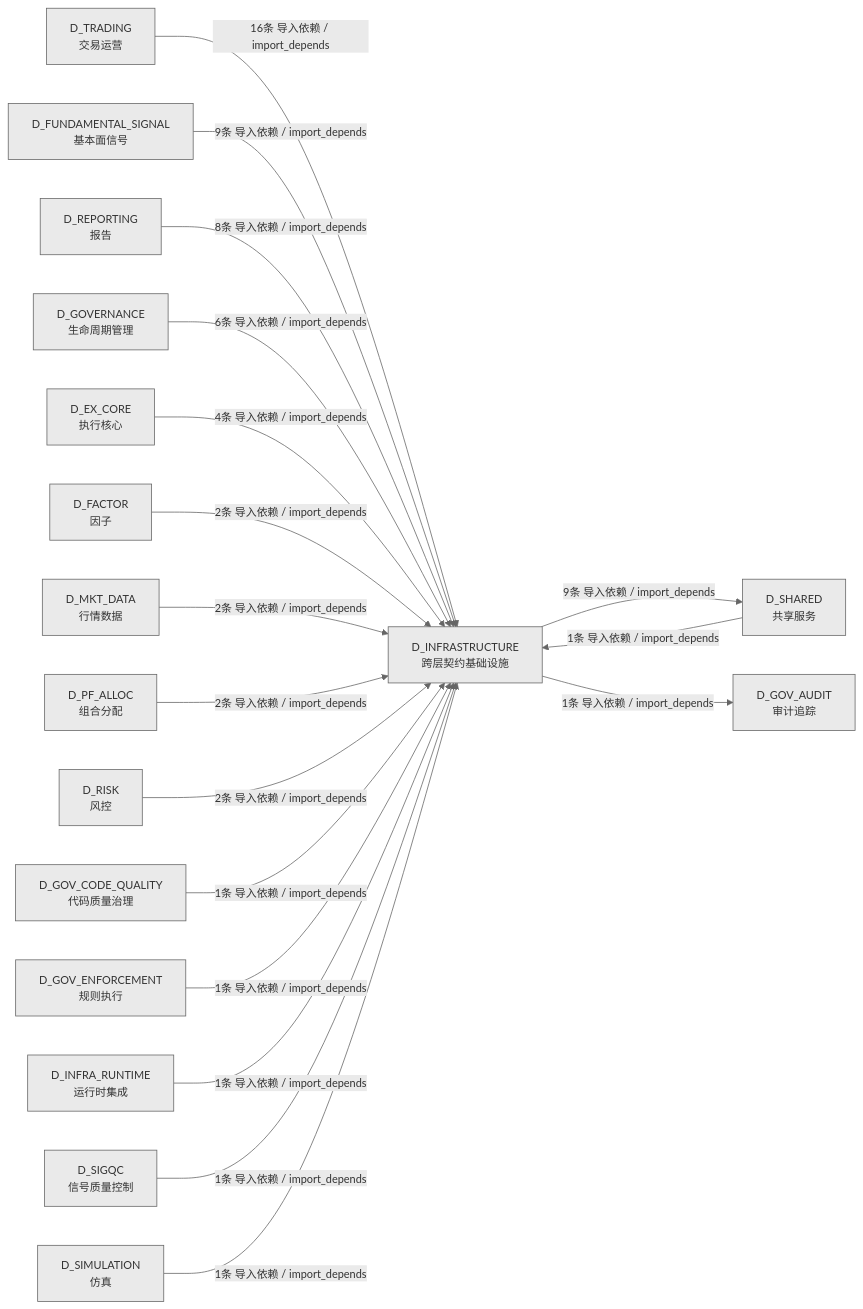
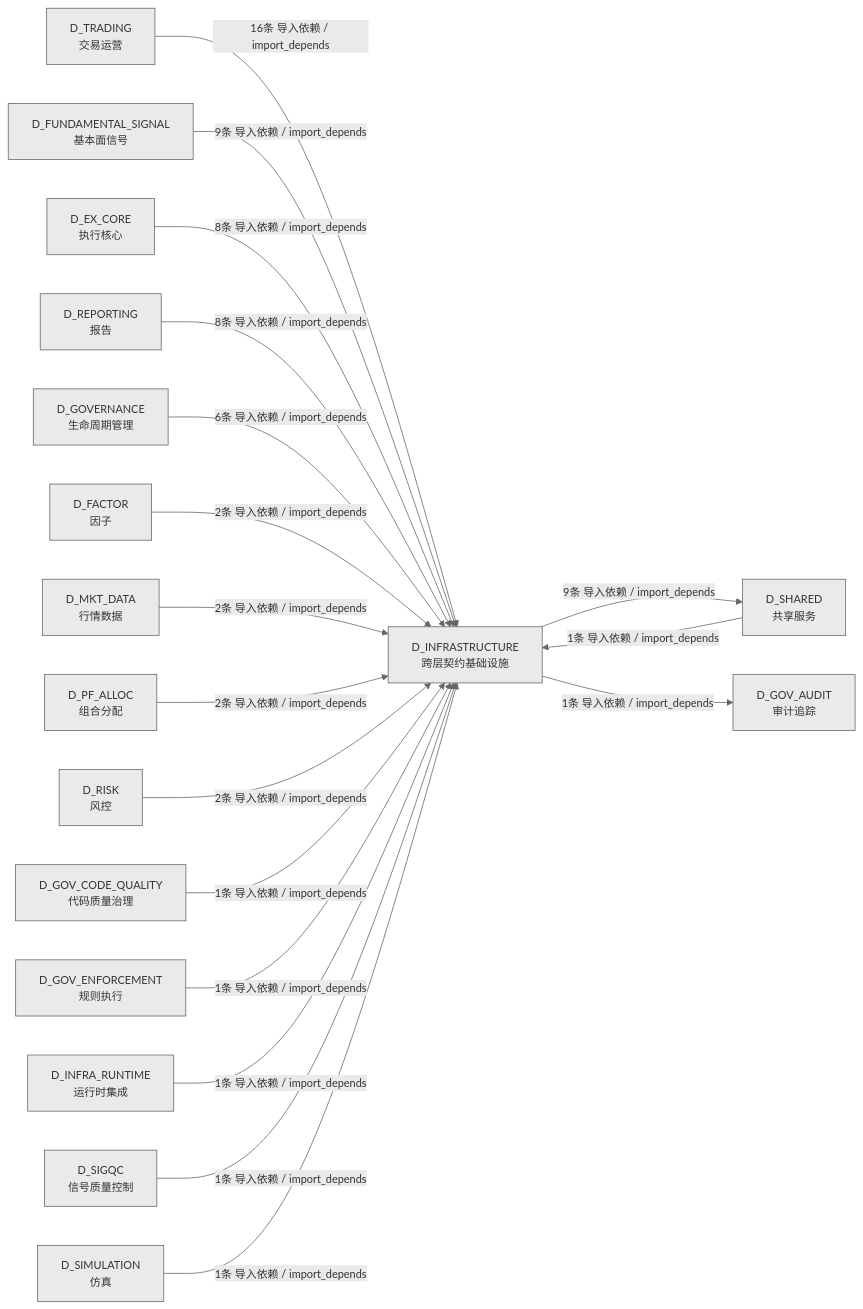
Before and after one commit to xuanFelixVan/ZephyrAlpha: the third of 3 diagrams in docs/02_enterprise_architecture/02_domain_architecture_docs/02_d_infrastructure.md, drawn with Mermaid. The commit also changed other lines of this file and 62 other files, not shown here.

````diff
--- a/docs/02_enterprise_architecture/02_domain_architecture_docs/02_d_infrastructure.md
+++ b/docs/02_enterprise_architecture/02_domain_architecture_docs/02_d_infrastructure.md
@@ -301,38 +305,38 @@
 ```mermaid
 %%{init: {'theme': 'base', 'themeVariables': {'primaryColor': '#eaeaea', 'primaryTextColor': '#333333', 'primaryBorderColor': '#666666', 'lineColor': '#666666', 'secondaryColor': '#eaeaea', 'tertiaryColor': '#eaeaea', 'fontSize': '14px'}}}%%
 graph LR
     D_INFRASTRUCTURE["D_INFRASTRUCTURE<br/>跨层契约基础设施"]
     D_SHARED["D_SHARED<br/>共享服务"]
     D_GOV_AUDIT["D_GOV_AUDIT<br/>审计追踪"]
     D_TRADING["D_TRADING<br/>交易运营"]
     D_FUNDAMENTAL_SIGNAL["D_FUNDAMENTAL_SIGNAL<br/>基本面信号"]
+    D_EX_CORE["D_EX_CORE<br/>执行核心"]
     D_REPORTING["D_REPORTING<br/>报告"]
     D_GOVERNANCE["D_GOVERNANCE<br/>生命周期管理"]
-    D_EX_CORE["D_EX_CORE<br/>执行核心"]
     D_FACTOR["D_FACTOR<br/>因子"]
     D_MKT_DATA["D_MKT_DATA<br/>行情数据"]
     D_PF_ALLOC["D_PF_ALLOC<br/>组合分配"]
     D_RISK["D_RISK<br/>风控"]
     D_GOV_CODE_QUALITY["D_GOV_CODE_QUALITY<br/>代码质量治理"]
     D_GOV_ENFORCEMENT["D_GOV_ENFORCEMENT<br/>规则执行"]
     D_INFRA_RUNTIME["D_INFRA_RUNTIME<br/>运行时集成"]
     D_SIGQC["D_SIGQC<br/>信号质量控制"]
     D_SIMULATION["D_SIMULATION<br/>仿真"]
     D_INFRASTRUCTURE -->|9条 导入依赖 / import_depends| D_SHARED
     D_INFRASTRUCTURE -->|1条 导入依赖 / import_depends| D_GOV_AUDIT
     D_TRADING -->|16条 导入依赖 / import_depends| D_INFRASTRUCTURE
     D_FUNDAMENTAL_SIGNAL -->|9条 导入依赖 / import_depends| D_INFRASTRUCTURE
+    D_EX_CORE -->|8条 导入依赖 / import_depends| D_INFRASTRUCTURE
     D_REPORTING -->|8条 导入依赖 / import_depends| D_INFRASTRUCTURE
     D_GOVERNANCE -->|6条 导入依赖 / import_depends| D_INFRASTRUCTURE
-    D_EX_CORE -->|4条 导入依赖 / import_depends| D_INFRASTRUCTURE
     D_FACTOR -->|2条 导入依赖 / import_depends| D_INFRASTRUCTURE
     D_MKT_DATA -->|2条 导入依赖 / import_depends| D_INFRASTRUCTURE
     D_PF_ALLOC -->|2条 导入依赖 / import_depends| D_INFRASTRUCTURE
     D_RISK -->|2条 导入依赖 / import_depends| D_INFRASTRUCTURE
     D_GOV_CODE_QUALITY -->|1条 导入依赖 / import_depends| D_INFRASTRUCTURE
     D_GOV_ENFORCEMENT -->|1条 导入依赖 / import_depends| D_INFRASTRUCTURE
     D_SHARED -->|1条 导入依赖 / import_depends| D_INFRASTRUCTURE
     D_INFRA_RUNTIME -->|1条 导入依赖 / import_depends| D_INFRASTRUCTURE
     D_SIGQC -->|1条 导入依赖 / import_depends| D_INFRASTRUCTURE
     D_SIMULATION -->|1条 导入依赖 / import_depends| D_INFRASTRUCTURE
 ```
````
